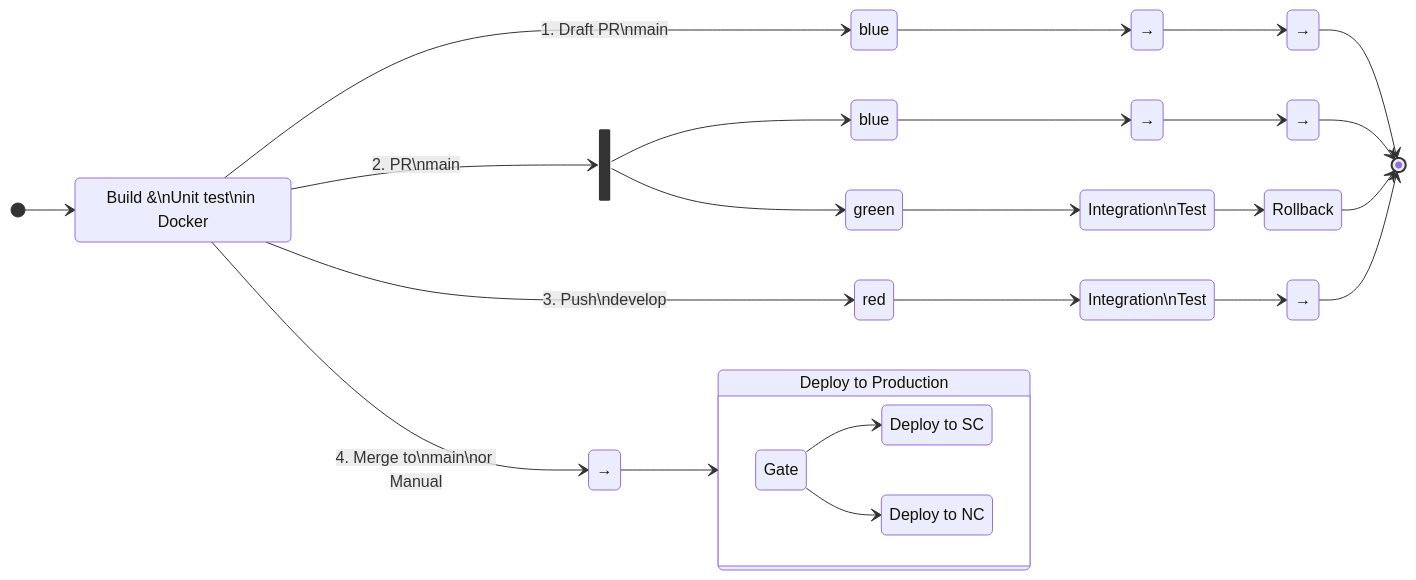
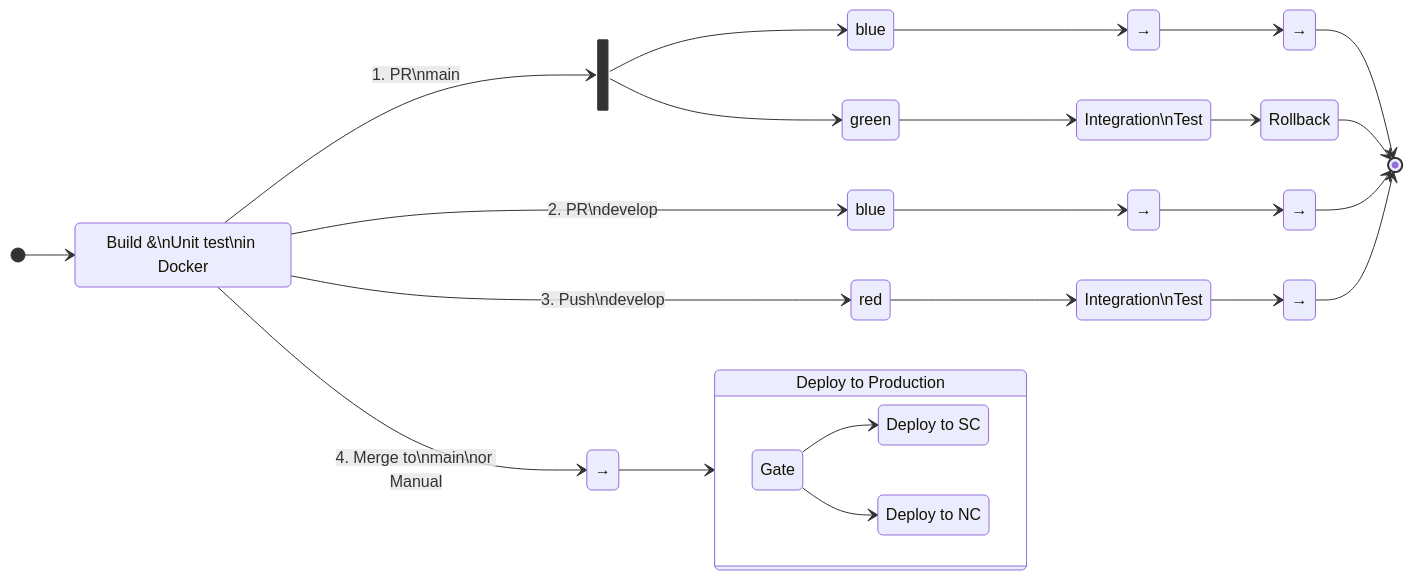
One commit to Seekatar/seekatar.github.io changed the diagram in _posts/2024-08-21-build-pipeline.md. Above: the diagram before and after it, drawn with Mermaid. The commit also changed other lines of this file and 13 other files, not shown here.

````diff
--- a/_posts/2024-08-21-build-pipeline.md
+++ b/_posts/2024-08-21-build-pipeline.md
@@ -49,60 +51,60 @@
 ```mermaid
 stateDiagram
     direction LR
 
     state "Build &\nUnit test\nin Docker" as b
     state fork <<fork>>
 
     state "→" as i1
     state "→" as i2
     state "Integration\nTest" as i21
     state "Integration\nTest" as i4
 
     state "→" as r1
     state "→" as r2
     state "Rollback" as r21
     state "→" as r4
 
     state "blue" as d1
     state "blue" as d2
 
     state "red" as nd
     state "green" as t
     state "→" as e2
 
 
     [*] --> b
 
-    b --> d1 : 1. Draft PR\nmain
-    d1 --> i1
-    i1 --> r1
-    r1 --> [*]
-
-    b --> fork : 2. PR\nmain
+    b --> fork : 1. PR\nmain
     fork --> d2
     d2 --> i2
     i2 --> r2
     r2 --> [*]
     fork --> t
     t --> i21
     i21 --> r21
     r21 --> [*]
+
+    b --> d1 : 2. PR\ndevelop
+    d1 --> i1
+    i1 --> r1
+    r1 --> [*]
 
     b --> nd : 3. Push\ndevelop
     nd --> i4
     i4 --> r4
     r4 --> [*]
 
     state "Deploy to Production" as pp
     b --> e2 : 4. Merge to\nmain\nor Manual
     e2 --> pp
 
 state pp {
     direction LR
     state "Gate" as g
     g --> x
     g --> y
     state "Deploy to SC" as x
     state "Deploy to NC" as y
 }
 ```
````
